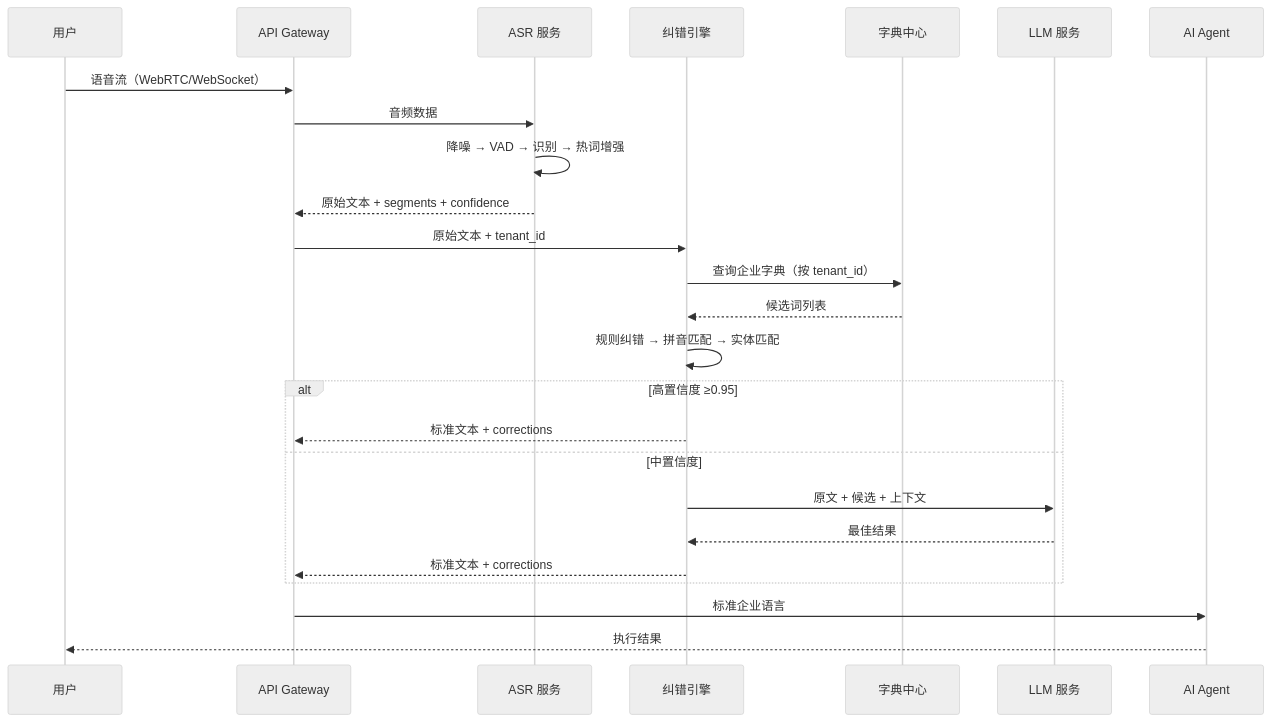
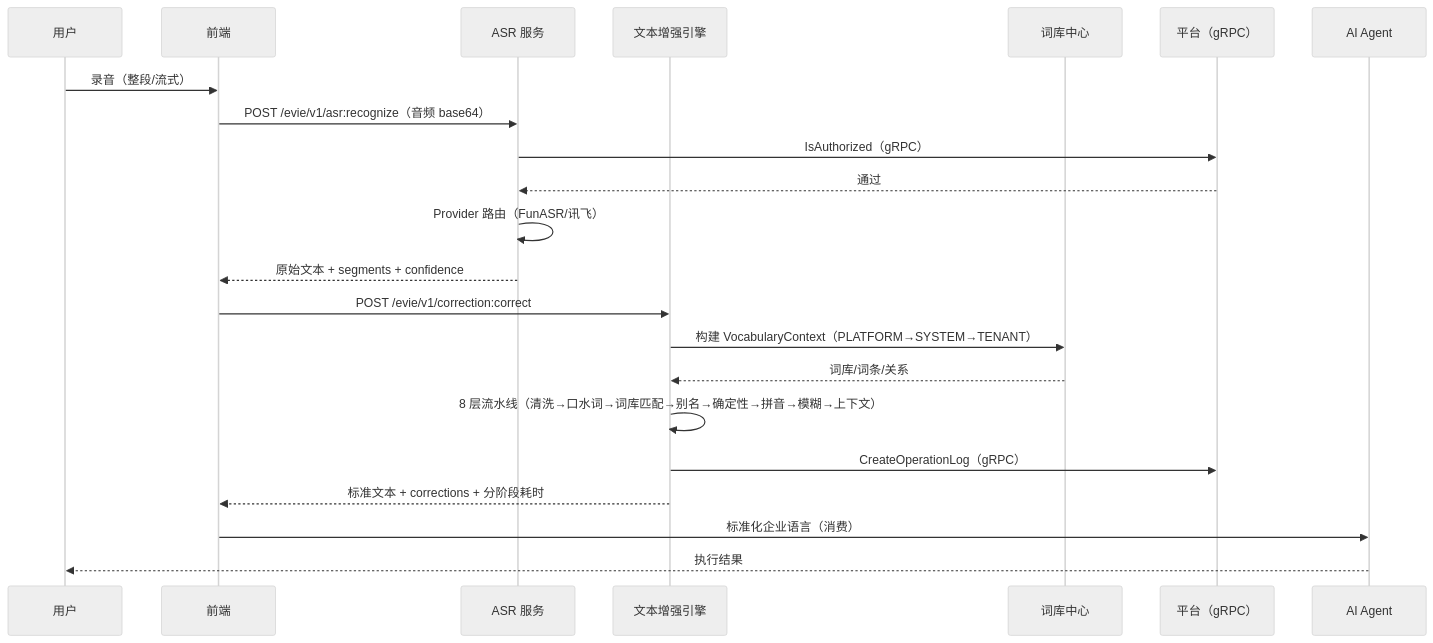
One commit to stack-haven/avmc changed the second of 2 diagrams in docs/services/evie-platform/development/0-架构总览-语音智能引擎.md. Above: the diagram before and after it, drawn with Mermaid (neutral theme). The commit also changed other lines of this file and 7 other files, not shown here.

````diff
--- a/docs/services/evie-platform/development/0-架构总览-语音智能引擎.md
+++ b/docs/services/evie-platform/development/0-架构总览-语音智能引擎.md
@@ -210,28 +254,25 @@
 ```mermaid
 sequenceDiagram
     participant U as 用户
-    participant GW as API Gateway
+    participant FE as 前端
     participant ASR as ASR 服务
-    participant CE as 纠错引擎
-    participant DC as 字典中心
-    participant LLM as LLM 服务
+    participant TE as 文本增强引擎
+    participant VC as 词库中心
+    participant PLAT as 平台（gRPC）
     participant AG as AI Agent
 
-    U->>GW: 语音流（WebRTC/WebSocket）
-    GW->>ASR: 音频数据
-    ASR->>ASR: 降噪 → VAD → 识别 → 热词增强
-    ASR-->>GW: 原始文本 + segments + confidence
-    GW->>CE: 原始文本 + tenant_id
-    CE->>DC: 查询企业字典（按 tenant_id）
-    DC-->>CE: 候选词列表
-    CE->>CE: 规则纠错 → 拼音匹配 → 实体匹配
-    alt 高置信度 ≥0.95
-        CE-->>GW: 标准文本 + corrections
-    else 中置信度
-        CE->>LLM: 原文 + 候选 + 上下文
-        LLM-->>CE: 最佳结果
-        CE-->>GW: 标准文本 + corrections
-    end
-    GW->>AG: 标准企业语言
+    U->>FE: 录音（整段/流式）
+    FE->>ASR: POST /evie/v1/asr:recognize（音频 base64）
+    ASR->>PLAT: IsAuthorized（gRPC）
+    PLAT-->>ASR: 通过
+    ASR->>ASR: Provider 路由（FunASR/讯飞）
+    ASR-->>FE: 原始文本 + segments + confidence
+    FE->>TE: POST /evie/v1/correction:correct
+    TE->>VC: 构建 VocabularyContext（PLATFORM→SYSTEM→TENANT）
+    VC-->>TE: 词库/词条/关系
+    TE->>TE: 8 层流水线（清洗→口水词→词库匹配→别名→确定性→拼音→模糊→上下文）
+    TE->>PLAT: CreateOperationLog（gRPC）
+    TE-->>FE: 标准文本 + corrections + 分阶段耗时
+    FE->>AG: 标准化企业语言（消费）
     AG-->>U: 执行结果
 ```
````
